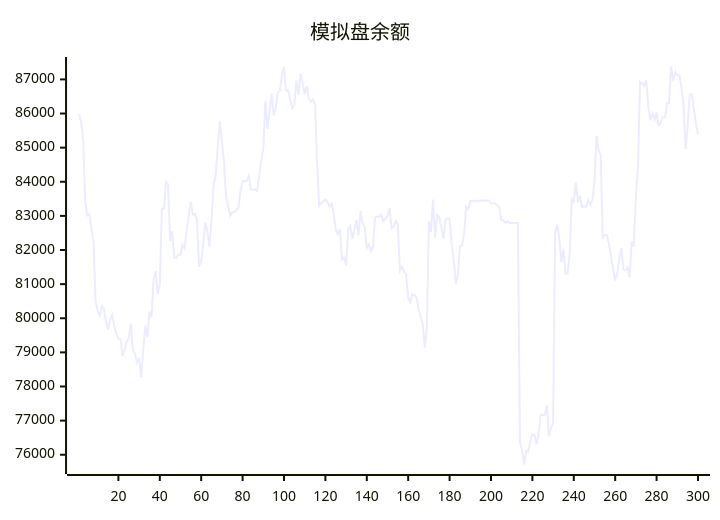
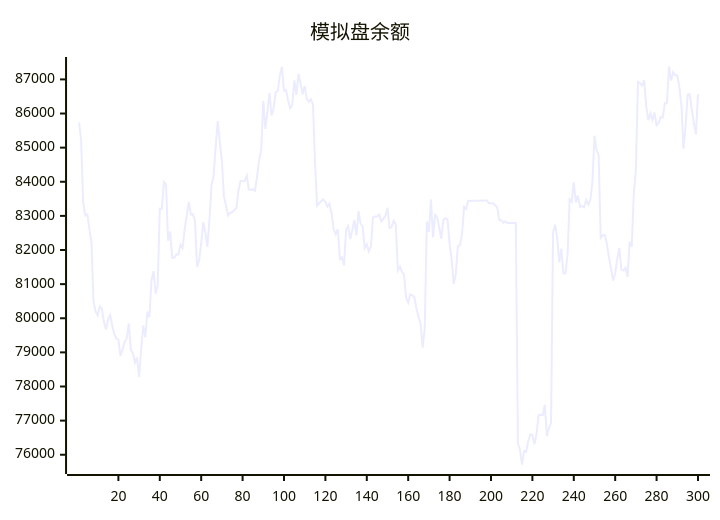
Before and after one commit to aahl/ai-trading: the diagram in README.md, drawn with Mermaid. The commit also changed other lines of this file and 1 other file, not shown here.

````diff
--- a/README.md
+++ b/README.md
@@ -5,5 +5,5 @@
 ```mermaid
 xychart
     title "模拟盘余额"
-    line [85983,85737,85221,83378,83014,83043,82613,82216,80477,80208,80081,80348,80277,79894,79670,79965,80093,79786,79542,79406,79371,78893,79087,79304,79406,79841,79072,78978,78696,78846,78272,79085,79787,79442,80198,80031,81120,81379,80718,80985,83214,83212,83993,83921,82270,82547,81776,81776,81866,81866,82158,82061,82596,83000,83408,83041,83050,82858,81503,81691,82188,82812,82517,82092,82901,83898,84180,85030,85781,85178,84604,83569,83298,83008,83093,83107,83175,83228,83729,84025,84017,84019,84177,83775,83762,83785,83738,84160,84639,84939,86370,85548,86046,86599,85942,86161,86622,86664,87115,87369,86666,86685,86384,86152,86243,86969,86548,87164,86885,86566,86809,86427,86348,86417,86273,84538,83299,83369,83430,83490,83404,83270,83362,83056,82605,82459,82614,81734,81788,81551,82598,82702,82320,82580,82878,82426,83139,82778,82686,82056,82166,81963,82110,82951,82983,82984,83038,82838,82915,82998,83235,82642,82682,82858,82746,81396,81512,81362,81277,80600,80461,80699,80673,80616,80288,80038,79836,79142,79722,82837,82533,83480,82366,83032,82960,82654,82330,82883,82934,82901,82188,81728,81005,81298,82110,82135,82449,83264,83203,83440,83439,83440,83440,83446,83447,83448,83447,83448,83449,83369,83369,83369,83313,83256,82872,82873,82801,82844,82785,82791,82791,82793,82794,76339,76145,75714,76110,76096,76397,76594,76585,76310,76607,77160,77170,77160,77456,76541,76774,76927,82520,82744,82337,81639,82040,81307,81314,81887,83490,83414,83984,83396,83594,83261,83287,83253,83470,83327,83465,83987,85348,84930,84786,82355,82433,82438,82167,81795,81466,81105,81315,81756,82064,81426,81398,81481,81210,82242,82099,83658,84359,86925,86892,86814,86980,86203,85802,86003,85811,86028,85657,85721,85896,85880,86300,86299,87378,86965,87214,87115,87118,86780,86238,84966,85623,86555,86562,86129,85722,85387]
+    line [85737,85221,83378,83014,83043,82613,82216,80477,80208,80081,80348,80277,79894,79670,79965,80093,79786,79542,79406,79371,78893,79087,79304,79406,79841,79072,78978,78696,78846,78272,79085,79787,79442,80198,80031,81120,81379,80718,80985,83214,83212,83993,83921,82270,82547,81776,81776,81866,81866,82158,82061,82596,83000,83408,83041,83050,82858,81503,81691,82188,82812,82517,82092,82901,83898,84180,85030,85781,85178,84604,83569,83298,83008,83093,83107,83175,83228,83729,84025,84017,84019,84177,83775,83762,83785,83738,84160,84639,84939,86370,85548,86046,86599,85942,86161,86622,86664,87115,87369,86666,86685,86384,86152,86243,86969,86548,87164,86885,86566,86809,86427,86348,86417,86273,84538,83299,83369,83430,83490,83404,83270,83362,83056,82605,82459,82614,81734,81788,81551,82598,82702,82320,82580,82878,82426,83139,82778,82686,82056,82166,81963,82110,82951,82983,82984,83038,82838,82915,82998,83235,82642,82682,82858,82746,81396,81512,81362,81277,80600,80461,80699,80673,80616,80288,80038,79836,79142,79722,82837,82533,83480,82366,83032,82960,82654,82330,82883,82934,82901,82188,81728,81005,81298,82110,82135,82449,83264,83203,83440,83439,83440,83440,83446,83447,83448,83447,83448,83449,83369,83369,83369,83313,83256,82872,82873,82801,82844,82785,82791,82791,82793,82794,76339,76145,75714,76110,76096,76397,76594,76585,76310,76607,77160,77170,77160,77456,76541,76774,76927,82520,82744,82337,81639,82040,81307,81314,81887,83490,83414,83984,83396,83594,83261,83287,83253,83470,83327,83465,83987,85348,84930,84786,82355,82433,82438,82167,81795,81466,81105,81315,81756,82064,81426,81398,81481,81210,82242,82099,83658,84359,86925,86892,86814,86980,86203,85802,86003,85811,86028,85657,85721,85896,85880,86300,86299,87378,86965,87214,87115,87118,86780,86238,84966,85623,86555,86562,86129,85722,85387,86569]
 ```
````
